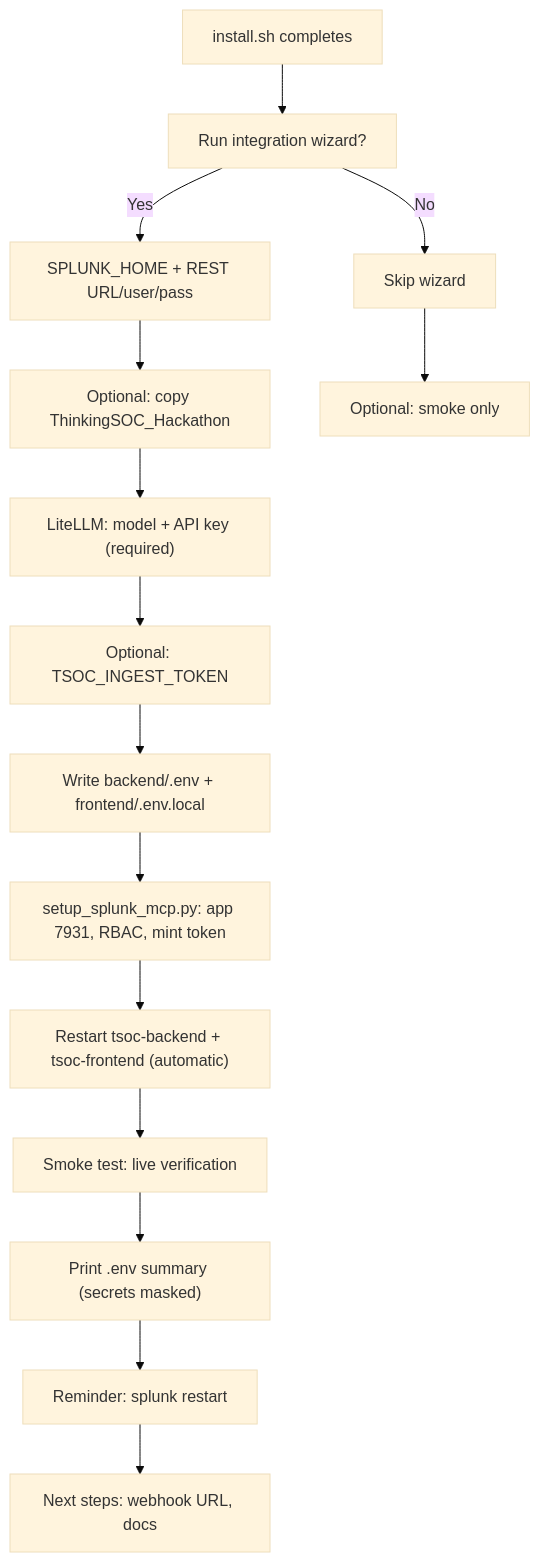
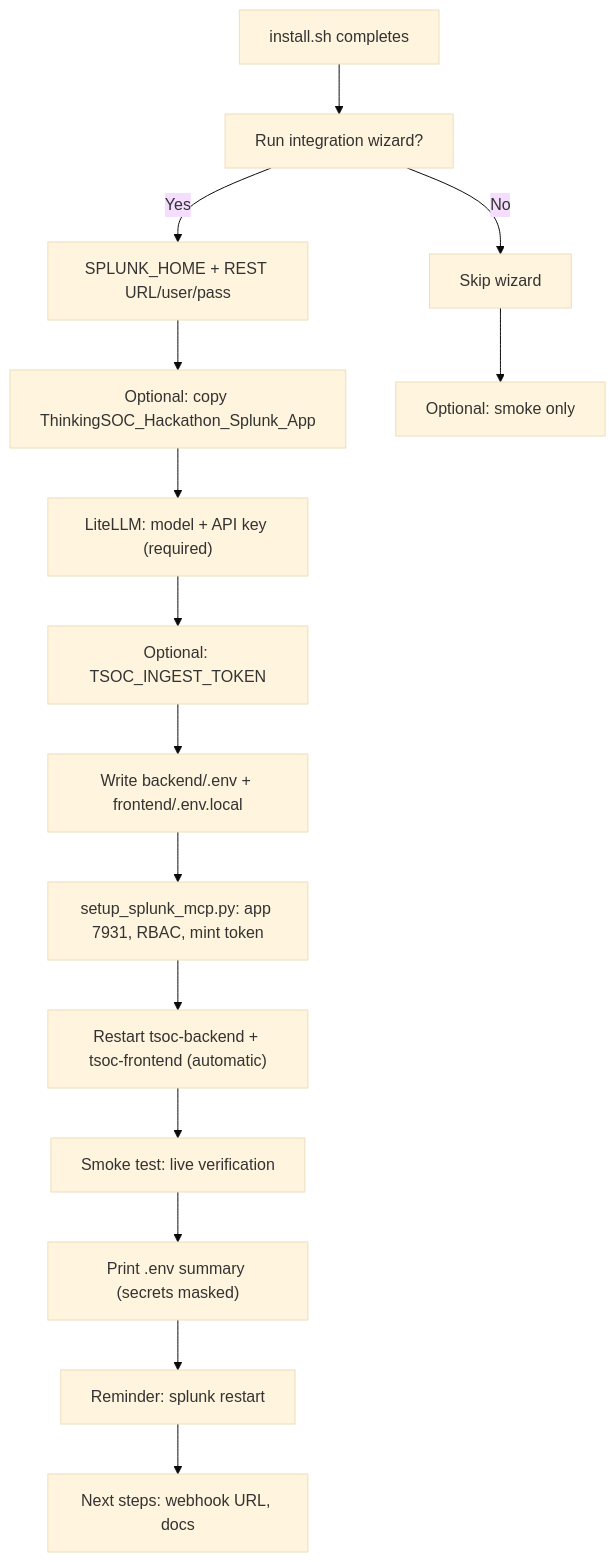
Before and after one commit to Sepideh-Asadollahi/ThinkingSOC-splunk-hackathon: the diagram in docs/23-post-install-integration-wizard.md, drawn with Mermaid (base theme). The commit also changed other lines of this file and 29 other files, not shown here.

````diff
--- a/docs/23-post-install-integration-wizard.md
+++ b/docs/23-post-install-integration-wizard.md
@@ -23,26 +23,26 @@
 ```mermaid
 flowchart TD
   Start["install.sh completes"]
   Ask["Run integration wizard?"]
   Skip["Skip wizard"]
   SplunkPath["SPLUNK_HOME + REST URL/user/pass"]
-  AppCopy["Optional: copy ThinkingSOC_Hackathon"]
+  AppCopy["Optional: copy ThinkingSOC_Hackathon_Splunk_App"]
   LLM["LiteLLM: model + API key (required)"]
   Ingest["Optional: TSOC_INGEST_TOKEN"]
   WriteEnv["Write backend/.env + frontend/.env.local"]
   MCPSetup["setup_splunk_mcp.py: app 7931, RBAC, mint token"]
   RestartAPI["Restart tsoc-backend + tsoc-frontend (automatic)"]
   Smoke["Smoke test: live verification"]
   Summary["Print .env summary (secrets masked)"]
   SplunkRestart["Reminder: splunk restart"]
   Done["Next steps: webhook URL, docs"]
 
   Start --> Ask
   Ask -->|No| Skip
   Ask -->|Yes| SplunkPath
   SplunkPath --> AppCopy --> LLM --> Ingest --> WriteEnv
   WriteEnv --> MCPSetup
   MCPSetup --> RestartAPI --> Smoke
   Smoke --> Summary --> SplunkRestart --> Done
   Skip --> SmokeOpt["Optional: smoke only"]
 ```
````
